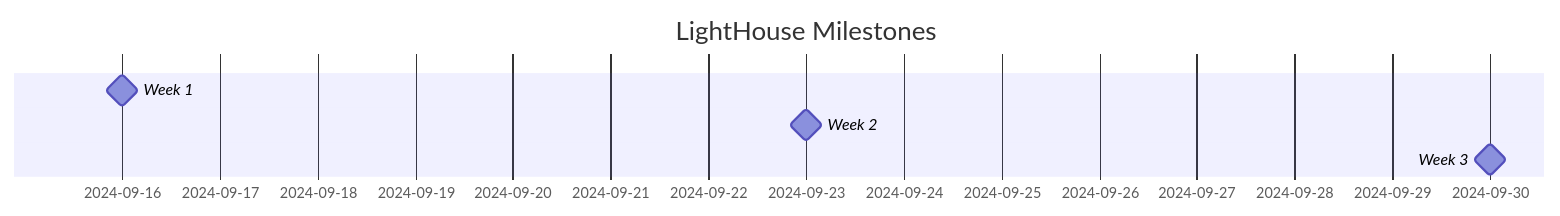
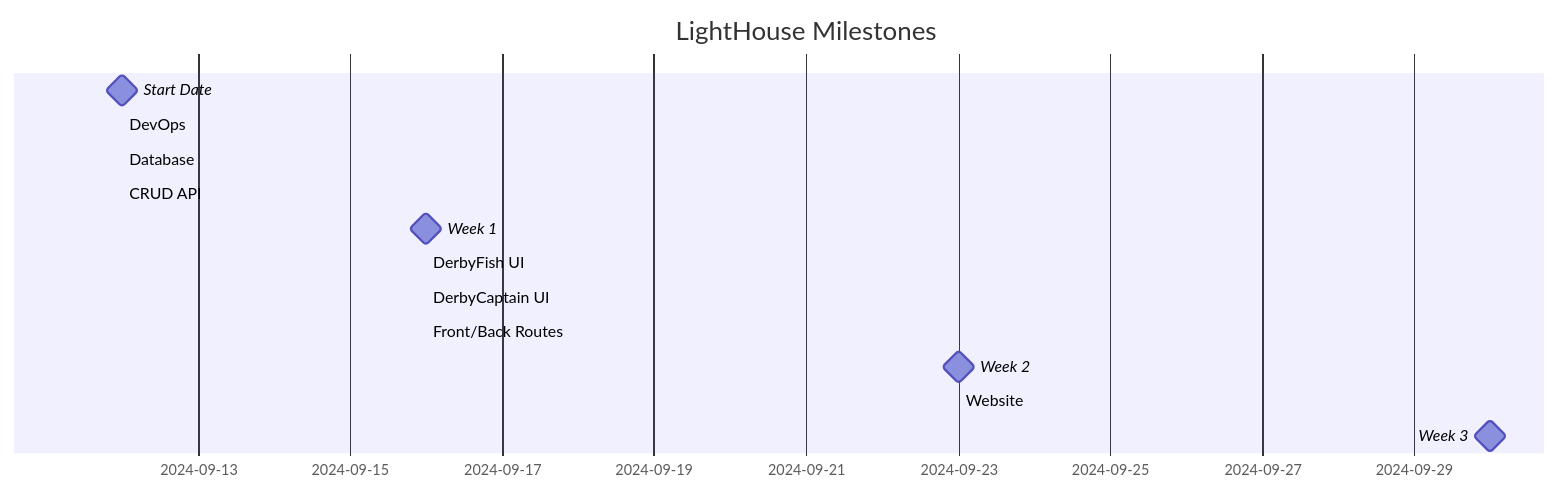
The diagram in Derby.Fish.md (AGFarms/derbyfish-docs), drawn with Mermaid before and after one commit.

Commit message:
added weekly targets

````diff
--- a/Derby.Fish.md
+++ b/Derby.Fish.md
@@ -3,9 +3,18 @@
 ```mermaid
 gantt
 
     title LightHouse Milestones
+    Start Date :milestone, 2024-09-12, 2024-09-12
+    DevOps : 2024-09-12, 2024-09-16 
+    Database : 2024-09-12, 2024-09-16 
+    CRUD API : 2024-09-12, 2024-09-16 
     Week 1 :milestone, 2024-09-16, 2024-09-16
+    
+    DerbyFish UI : 2024-09-16, 2024-09-23 
+    DerbyCaptain UI : 2024-09-16, 2024-09-23 
+    Front/Back Routes : 2024-09-16, 2024-09-23 
     Week 2 :milestone, 2024-09-23, 2024-09-23
+    Website : 2024-09-23, 2024-09-30 
     Week 3 :milestone, 2024-09-30, 2024-09-30
 
 ```
````
